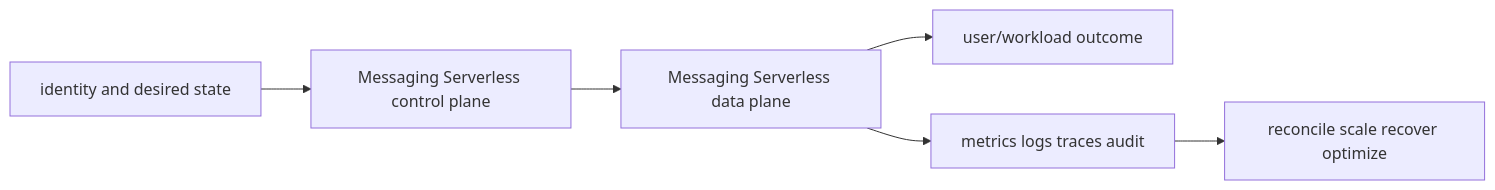
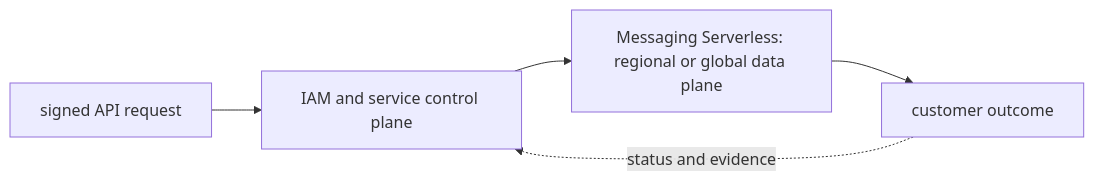
One commit to tomkidumbuyo/DevOps-interview-preparation changed the second of 2 diagrams in 07-aws/08-messaging-serverless/README.md. Above: the diagram before and after it, drawn with Mermaid. The commit also changed other lines of this file and 753 other files, not shown here.

````diff
--- a/07-aws/08-messaging-serverless/README.md
+++ b/07-aws/08-messaging-serverless/README.md
@@ -41,8 +52,7 @@
 ```mermaid
 flowchart LR
-  I[identity and desired state] --> C[Messaging Serverless control plane]
-  C --> D[Messaging Serverless data plane]
-  D --> U[user/workload outcome]
-  D --> O[metrics logs traces audit]
-  O --> R[reconcile scale recover optimize]
+  A["signed API request"] --> B["IAM and service control plane"]
+  B --> C["Messaging Serverless: regional or global data plane"]
+  C --> D["customer outcome"]
+  D -. "status and evidence" .-> B
 ```
````
